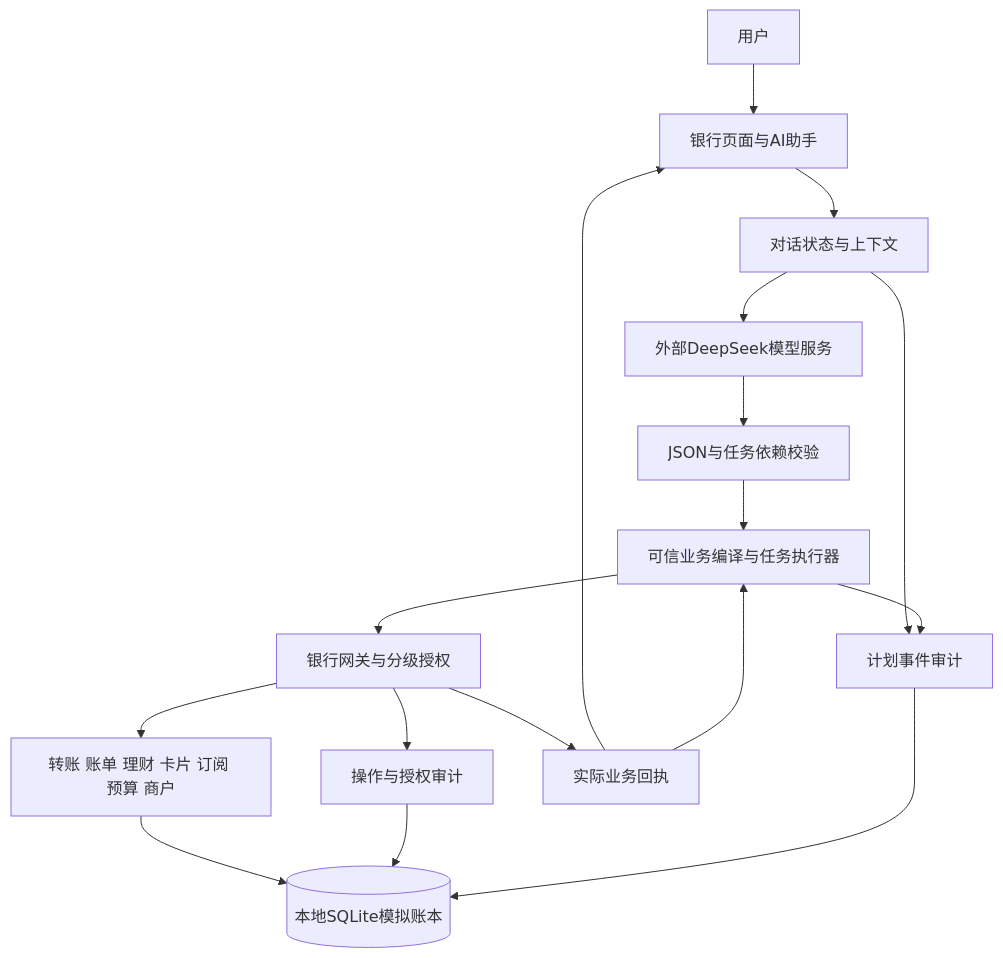
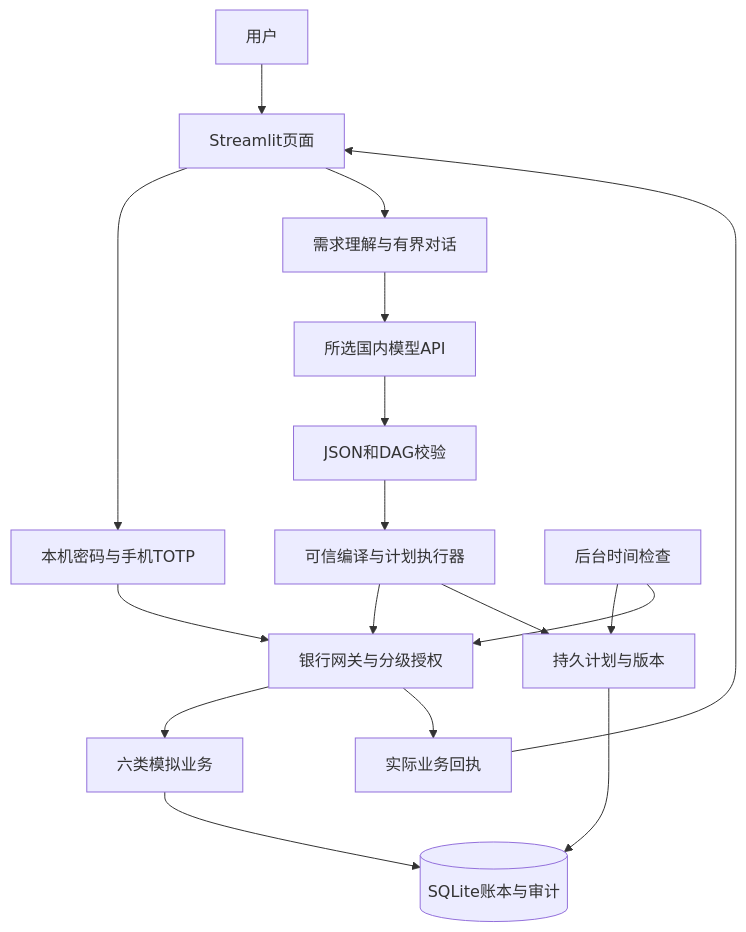
One commit to Beauivigo/FinTechathon-AI-2026 changed the diagram in docs/参赛材料/02-技术文档.md. Above: the diagram before and after it, drawn with Mermaid. The commit also changed other lines of this file and 320 other files, not shown here.

````diff
--- a/docs/参赛材料/02-技术文档.md
+++ b/docs/参赛材料/02-技术文档.md
@@ -26,19 +24,19 @@
 ```mermaid
 flowchart TD
-    U[用户] --> UI[银行页面与AI助手]
-    UI --> D[对话状态与上下文]
-    D --> M[外部DeepSeek模型服务]
-    M --> V[JSON与任务依赖校验]
-    V --> C[可信业务编译与任务执行器]
-    C --> G[银行网关与分级授权]
-    G --> B[转账 账单 理财 卡片 订阅 预算 商户]
-    B --> DB[(本地SQLite模拟账本)]
-    G --> A[操作与授权审计]
-    D --> P[计划事件审计]
-    C --> P
-    A --> DB
+    U[用户] --> UI[Streamlit页面]
+    UI --> AUTH[本机密码与手机TOTP]
+    UI --> D[需求理解与有界对话]
+    D --> M[所选国内模型API]
+    M --> V[JSON和DAG校验]
+    V --> R[可信编译与计划执行器]
+    R --> G[银行网关与分级授权]
+    AUTH --> G
+    G --> B[六类模拟业务]
+    B --> DB[(SQLite账本与审计)]
+    R --> P[持久计划与版本]
     P --> DB
-    G --> R[实际业务回执]
-    R --> UI
-    R --> C
+    W[后台时间检查] --> P
+    W --> G
+    G --> REC[实际业务回执]
+    REC --> UI
 ```
````
